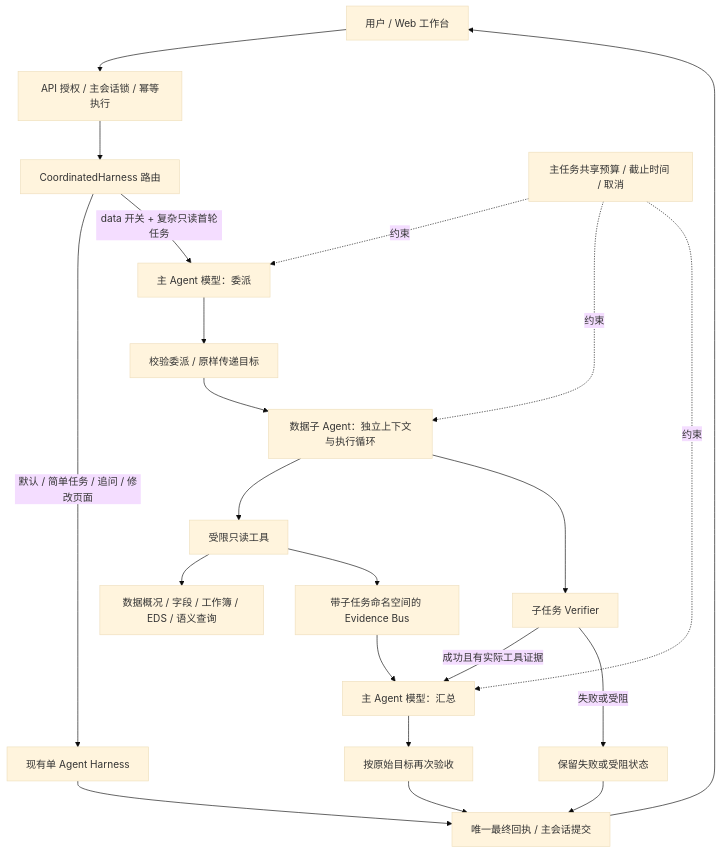
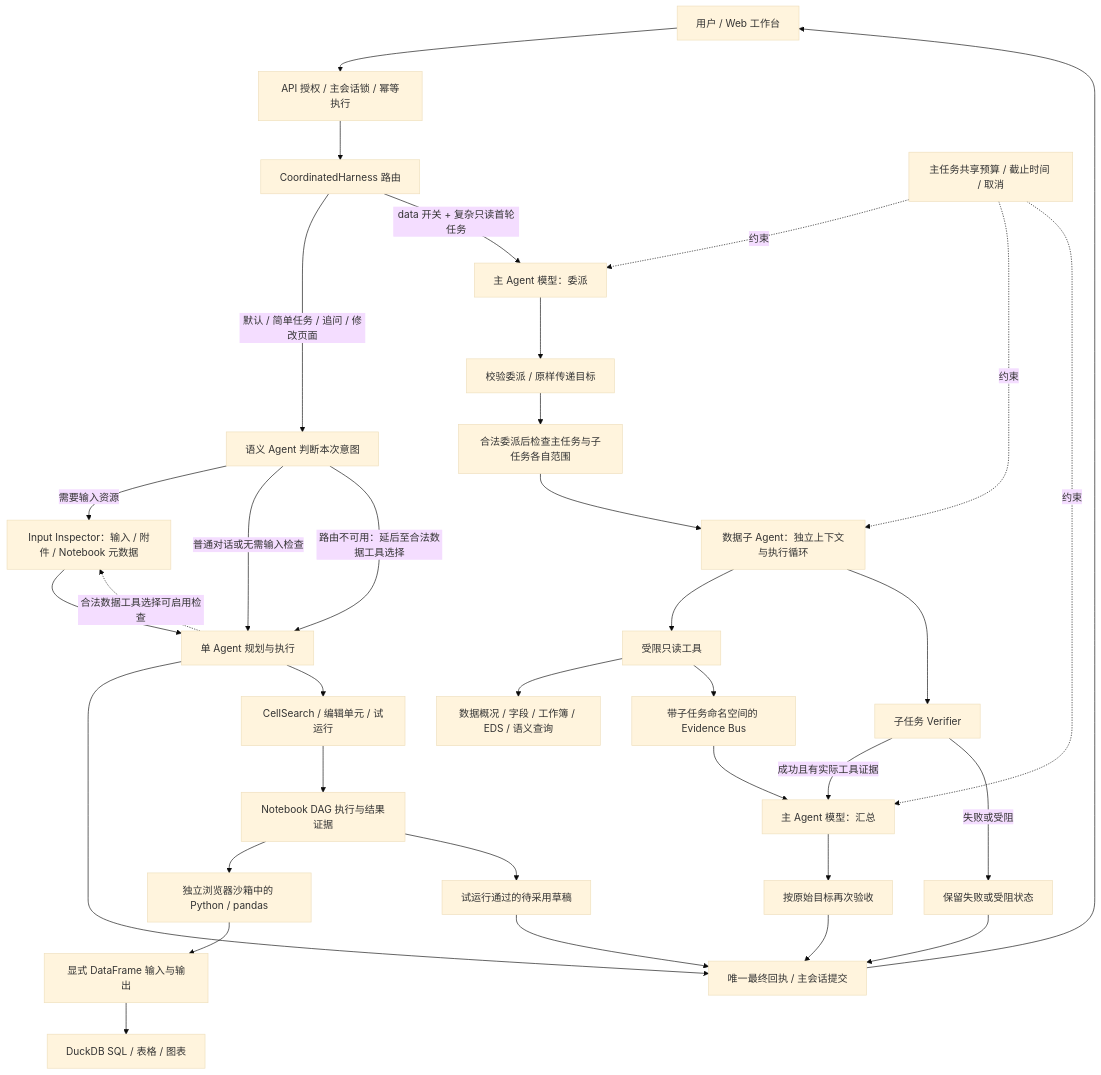
One commit to yuebingaa/AI-workspace changed the first of 2 diagrams in site/docs/architecture/agent-architecture.md. Above: the diagram before and after it, drawn with Mermaid (base theme). The commit also changed other lines of this file and 230 other files, not shown here.

First line of the commit message:
feat: checkpoint notebook runtime and agent workspace improvements

````diff
--- a/site/docs/architecture/agent-architecture.md
+++ b/site/docs/architecture/agent-architecture.md
@@ -26,24 +32,37 @@
 ```mermaid
 flowchart TB
   UI[用户 / Web 工作台] --> API[API 授权 / 主会话锁 / 幂等执行]
   API --> Router[CoordinatedHarness 路由]
-  Router -->|默认 / 简单任务 / 追问 / 修改页面| Single[现有单 Agent Harness]
+  Router -->|默认 / 简单任务 / 追问 / 修改页面| Intent[语义 Agent 判断本次意图]
+  Intent -->|需要输入资源| Inspector[Input Inspector：输入 / 附件 / Notebook 元数据]
+  Intent -->|普通对话或无需输入检查| Single[单 Agent 规划与执行]
+  Intent -->|路由不可用：延后至合法数据工具选择| Single
+  Inspector --> Single
+  Single -.合法数据工具选择可启用检查.-> Inspector
   Router -->|data 开关 + 复杂只读首轮任务| Main[主 Agent 模型：委派]
   Main --> Delegate[校验委派 / 原样传递目标]
-  Delegate --> Worker[数据子 Agent：独立上下文与执行循环]
+  Delegate --> ScopedInspector[合法委派后检查主任务与子任务各自范围]
+  ScopedInspector --> Worker[数据子 Agent：独立上下文与执行循环]
   Worker --> Tools[受限只读工具]
   Tools --> Data[数据概况 / 字段 / 工作簿 / EDS / 语义查询]
   Tools --> Evidence[带子任务命名空间的 Evidence Bus]
   Worker --> ChildCheck[子任务 Verifier]
   ChildCheck -->|成功且有实际工具证据| Summary[主 Agent 模型：汇总]
   Evidence --> Summary
   Summary --> FinalCheck[按原始目标再次验收]
   FinalCheck --> Receipt[唯一最终回执 / 主会话提交]
   ChildCheck -->|失败或受阻| Failure[保留失败或受阻状态]
   Failure --> Receipt
   Single --> Receipt
+  Single --> NotebookTools[CellSearch / 编辑单元 / 试运行]
+  NotebookTools --> NotebookRun[Notebook DAG 执行与结果证据]
+  NotebookRun --> Python[独立浏览器沙箱中的 Python / pandas]
+  Python --> Frames[显式 DataFrame 输入与输出]
+  Frames --> SQL[DuckDB SQL / 表格 / 图表]
+  NotebookRun --> Draft[试运行通过的待采用草稿]
+  Draft --> Receipt
   Receipt --> UI
   Budget[主任务共享预算 / 截止时间 / 取消] -.约束.-> Main
   Budget -.约束.-> Worker
   Budget -.约束.-> Summary
 ```
````
